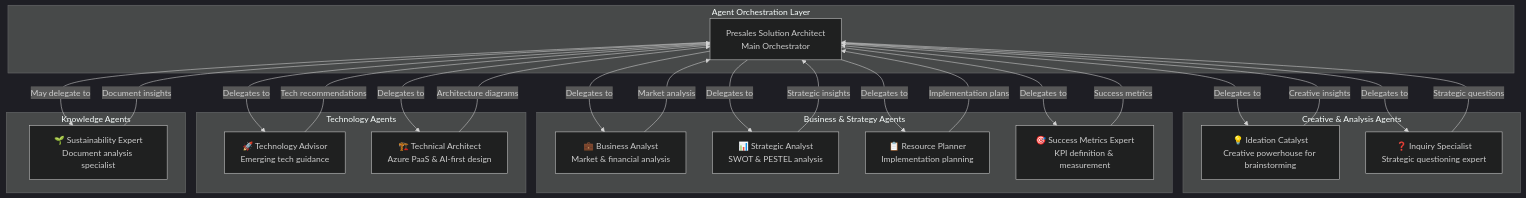
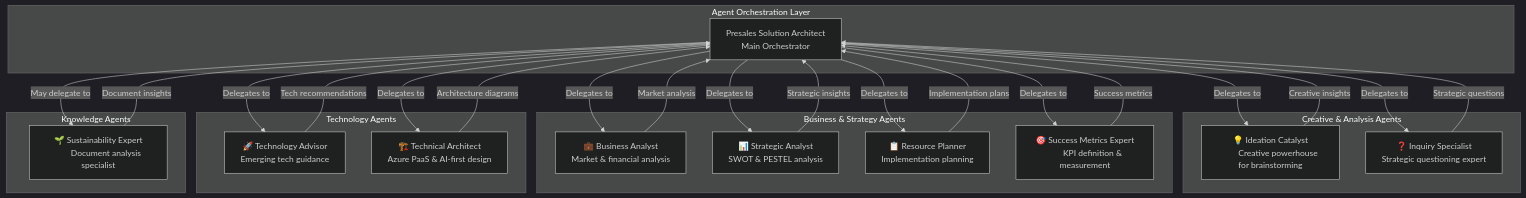
The second of 15 diagrams in docs/stbrainstorm-architecture-documentation.md (mmckechney/AgenticAIFoundry), drawn with Mermaid (dark theme) before and after one commit. The commit also changed other lines of this file, not shown here.

Commit message:
Fix Mermaid parse error by replacing <br/> tags with proper multi-line syntax

````diff
--- a/docs/stbrainstorm-architecture-documentation.md
+++ b/docs/stbrainstorm-architecture-documentation.md
@@ -110,49 +114,59 @@
 ```mermaid
 graph TD
     subgraph "Agent Orchestration Layer"
-        PresalesAgent[Presales Solution Architect<br/>Main Orchestrator]
+        PresalesAgent["Presales Solution Architect
+        Main Orchestrator"]
     end
     
     subgraph "Creative & Analysis Agents"
-        IdeationAgent[💡 Ideation Catalyst<br/>Creative powerhouse for brainstorming]
-        InquiryAgent[❓ Inquiry Specialist<br/>Strategic questioning expert]
+        IdeationAgent["💡 Ideation Catalyst
+        Creative powerhouse for brainstorming"]
+        InquiryAgent["❓ Inquiry Specialist
+        Strategic questioning expert"]
     end
     
     subgraph "Business & Strategy Agents"
-        BusinessAnalyst[💼 Business Analyst<br/>Market & financial analysis]
-        StrategicAnalyst[📊 Strategic Analyst<br/>SWOT & PESTEL analysis]
-        ResourcePlanner[📋 Resource Planner<br/>Implementation planning]
-        MetricsAgent[🎯 Success Metrics Expert<br/>KPI definition & measurement]
+        BusinessAnalyst["💼 Business Analyst
+        Market & financial analysis"]
+        StrategicAnalyst["📊 Strategic Analyst
+        SWOT & PESTEL analysis"]
+        ResourcePlanner["📋 Resource Planner
+        Implementation planning"]
+        MetricsAgent["🎯 Success Metrics Expert
+        KPI definition & measurement"]
     end
     
     subgraph "Technology Agents"
-        TechAdvisor[🚀 Technology Advisor<br/>Emerging tech guidance]
-        TechArchitect[🏗️ Technical Architect<br/>Azure PaaS & AI-first design]
+        TechAdvisor["🚀 Technology Advisor
+        Emerging tech guidance"]
+        TechArchitect["🏗️ Technical Architect
+        Azure PaaS & AI-first design"]
     end
     
     subgraph "Knowledge Agents"
-        SustainabilityAgent[🌱 Sustainability Expert<br/>Document analysis specialist]
+        SustainabilityAgent["🌱 Sustainability Expert
+        Document analysis specialist"]
     end
     
     %% Orchestration Flow
     PresalesAgent -->|Delegates to| IdeationAgent
     PresalesAgent -->|Delegates to| InquiryAgent
     PresalesAgent -->|Delegates to| BusinessAnalyst
     PresalesAgent -->|Delegates to| StrategicAnalyst
     PresalesAgent -->|Delegates to| ResourcePlanner
     PresalesAgent -->|Delegates to| MetricsAgent
     PresalesAgent -->|Delegates to| TechAdvisor
     PresalesAgent -->|Delegates to| TechArchitect
     PresalesAgent -->|May delegate to| SustainabilityAgent
     
     %% Return Flow
     IdeationAgent -->|Creative insights| PresalesAgent
     InquiryAgent -->|Strategic questions| PresalesAgent
     BusinessAnalyst -->|Market analysis| PresalesAgent
     StrategicAnalyst -->|Strategic insights| PresalesAgent
     ResourcePlanner -->|Implementation plans| PresalesAgent
     MetricsAgent -->|Success metrics| PresalesAgent
     TechAdvisor -->|Tech recommendations| PresalesAgent
     TechArchitect -->|Architecture diagrams| PresalesAgent
     SustainabilityAgent -->|Document insights| PresalesAgent
 ```
````
